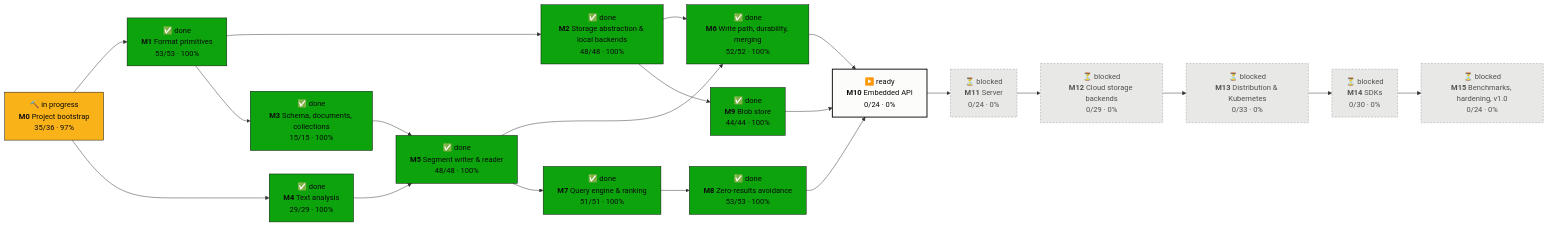
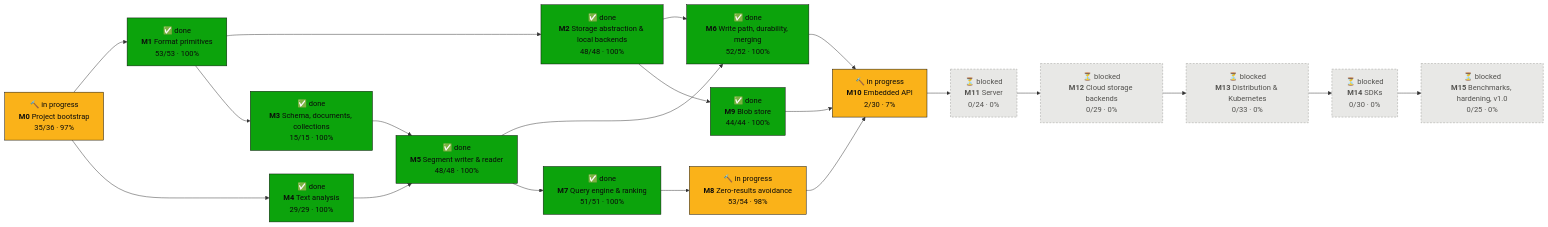
The first of 2 diagrams in PROGRESS.md (tomiok/persiaDB), drawn with Mermaid before and after one commit. The commit also changed other lines of this file and 3 other files, not shown here.

First line of the commit message:
docs(roadmap): tick 10.1.10 and 10.1.7

````diff
--- a/PROGRESS.md
+++ b/PROGRESS.md
@@ -16,42 +16,42 @@
 ```mermaid
 flowchart LR
   M0["🔨 in progress<br/><b>M0</b> Project bootstrap<br/>35/36 · 97%"]:::doing
   M1["✅ done<br/><b>M1</b> Format primitives<br/>53/53 · 100%"]:::done
   M2["✅ done<br/><b>M2</b> Storage abstraction & local backends<br/>48/48 · 100%"]:::done
   M3["✅ done<br/><b>M3</b> Schema, documents, collections<br/>15/15 · 100%"]:::done
   M4["✅ done<br/><b>M4</b> Text analysis<br/>29/29 · 100%"]:::done
   M5["✅ done<br/><b>M5</b> Segment writer & reader<br/>48/48 · 100%"]:::done
   M6["✅ done<br/><b>M6</b> Write path, durability, merging<br/>52/52 · 100%"]:::done
   M7["✅ done<br/><b>M7</b> Query engine & ranking<br/>51/51 · 100%"]:::done
-  M8["✅ done<br/><b>M8</b> Zero-results avoidance<br/>53/53 · 100%"]:::done
+  M8["🔨 in progress<br/><b>M8</b> Zero-results avoidance<br/>53/54 · 98%"]:::doing
   M9["✅ done<br/><b>M9</b> Blob store<br/>44/44 · 100%"]:::done
-  M10["▶️ ready<br/><b>M10</b> Embedded API<br/>0/24 · 0%"]:::ready
+  M10["🔨 in progress<br/><b>M10</b> Embedded API<br/>2/30 · 7%"]:::doing
   M11["⏳ blocked<br/><b>M11</b> Server<br/>0/24 · 0%"]:::blocked
   M12["⏳ blocked<br/><b>M12</b> Cloud storage backends<br/>0/29 · 0%"]:::blocked
   M13["⏳ blocked<br/><b>M13</b> Distribution & Kubernetes<br/>0/33 · 0%"]:::blocked
   M14["⏳ blocked<br/><b>M14</b> SDKs<br/>0/30 · 0%"]:::blocked
-  M15["⏳ blocked<br/><b>M15</b> Benchmarks, hardening, v1.0<br/>0/24 · 0%"]:::blocked
+  M15["⏳ blocked<br/><b>M15</b> Benchmarks, hardening, v1.0<br/>0/25 · 0%"]:::blocked
   M0 --> M1
   M1 --> M2
   M1 --> M3
   M0 --> M4
   M3 --> M5
   M4 --> M5
   M2 --> M6
   M5 --> M6
   M5 --> M7
   M7 --> M8
   M2 --> M9
   M6 --> M10
   M8 --> M10
   M9 --> M10
   M10 --> M11
   M11 --> M12
   M12 --> M13
   M13 --> M14
   M14 --> M15
   classDef done fill:#0ca30c,stroke:#0b0b0b,color:#0b0b0b
   classDef doing fill:#fab219,stroke:#0b0b0b,color:#0b0b0b
   classDef ready fill:#fcfcfb,stroke:#0b0b0b,stroke-width:2px,color:#0b0b0b
   classDef blocked fill:#e8e8e6,stroke:#9a9a96,stroke-dasharray:4 3,color:#52514e
 ```
````
